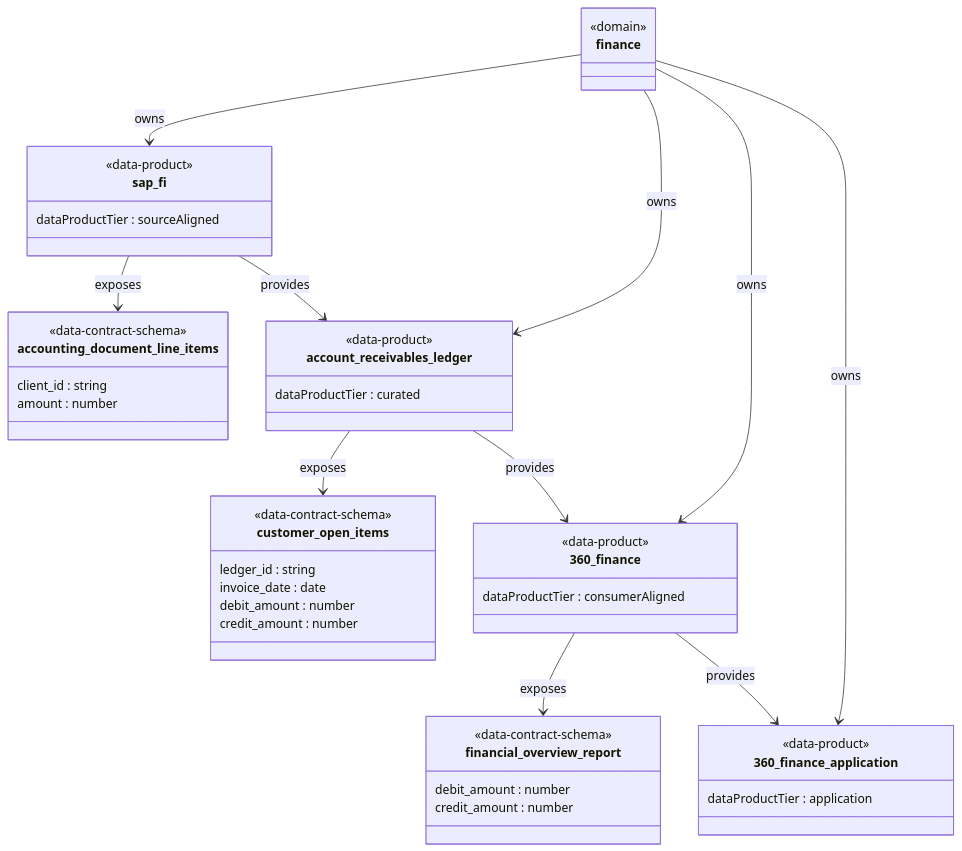
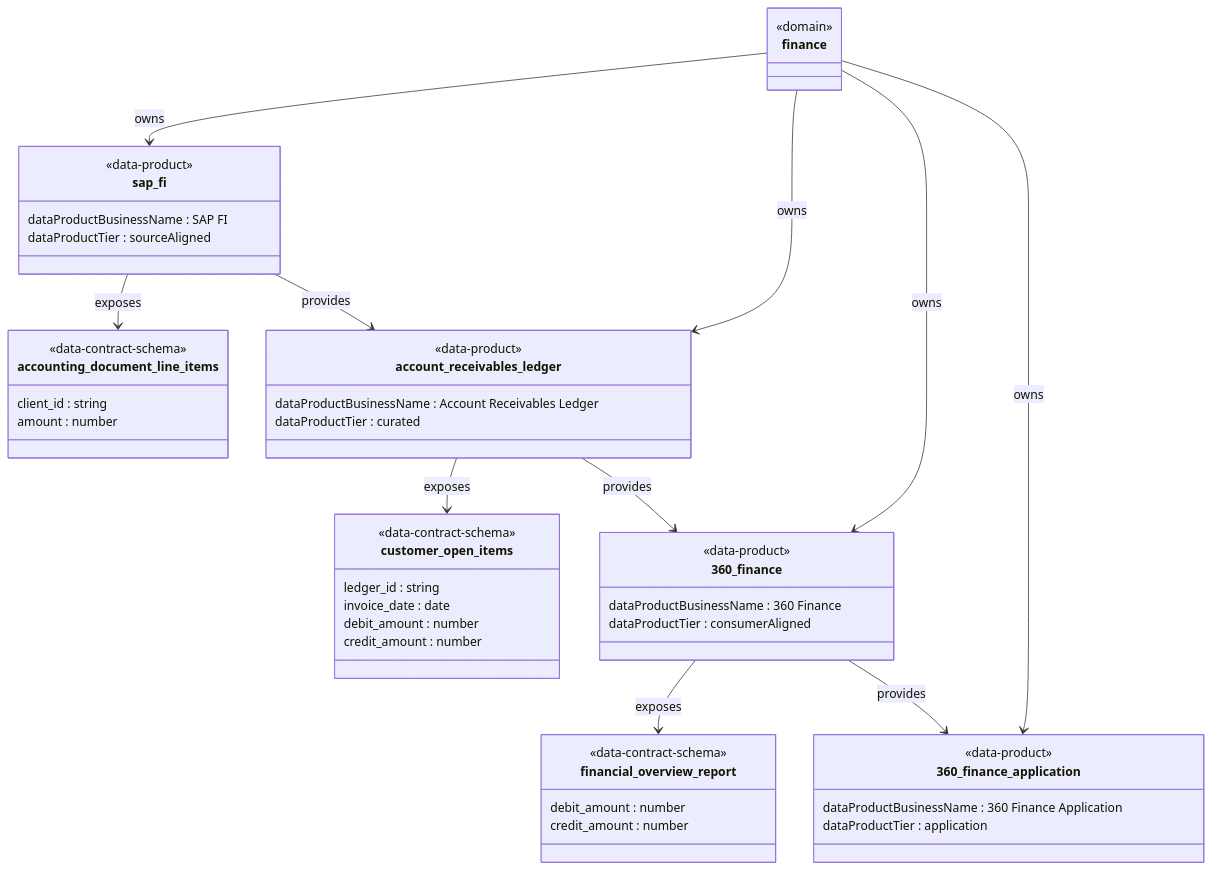
The diagram in packages/dmesh-cli/src/dmesh/cli/commands/testdata/testdata_finance_mermaid.md (dmesh-zone/dmesh-core), drawn with Mermaid before and after one commit. The commit also changed 1 other file, not shown here.

Commit message:
testdata support for dataProductBusinessName

````diff
--- a/packages/dmesh-cli/src/dmesh/cli/commands/testdata/testdata_finance_mermaid.md
+++ b/packages/dmesh-cli/src/dmesh/cli/commands/testdata/testdata_finance_mermaid.md
@@ -1,54 +1,58 @@
 ```mermaid
 classDiagram
     %% DOMAIN
     class finance{
         <<domain>>
     }
     finance --> sap_fi: owns
     finance --> account_receivables_ledger : owns
     finance --> 360_finance: owns
     finance --> 360_finance_application: owns
     %% SOURCE ALIGNED DATA PRODUCT
     sap_fi --> accounting_document_line_items : exposes
     class sap_fi{
         <<data-product>>
+        dataProductBusinessName : SAP FI
         dataProductTier : sourceAligned
     }
     class accounting_document_line_items{
         <<data-contract-schema>>
         client_id : string
         amount : number
     }
     %% CURATED DATA PRODUCT
     account_receivables_ledger --> customer_open_items : exposes
     class account_receivables_ledger{
         <<data-product>>
+        dataProductBusinessName : Account Receivables Ledger
         dataProductTier : curated
     }
     class customer_open_items {
         <<data-contract-schema>>
         ledger_id : string
         invoice_date : date
         debit_amount : number
         credit_amount : number
     }
     %% CONSUMER ALIGNED DATA PRODUCT
     360_finance --> financial_overview_report : exposes
     class 360_finance{
         <<data-product>>
+        dataProductBusinessName : 360 Finance
         dataProductTier : consumerAligned
     }
     class financial_overview_report{
         <<data-contract-schema>>
         debit_amount : number
         credit_amount : number
     }
     %% APPLICATION DATA PRODUCT
     class 360_finance_application {
         <<data-product>>
+        dataProductBusinessName : 360 Finance Application
         dataProductTier : application
     }
     sap_fi --> account_receivables_ledger : provides
     account_receivables_ledger --> 360_finance: provides
     360_finance --> 360_finance_application : provides
 ```
````
